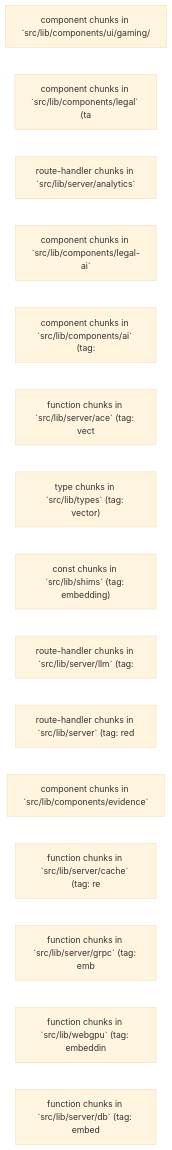
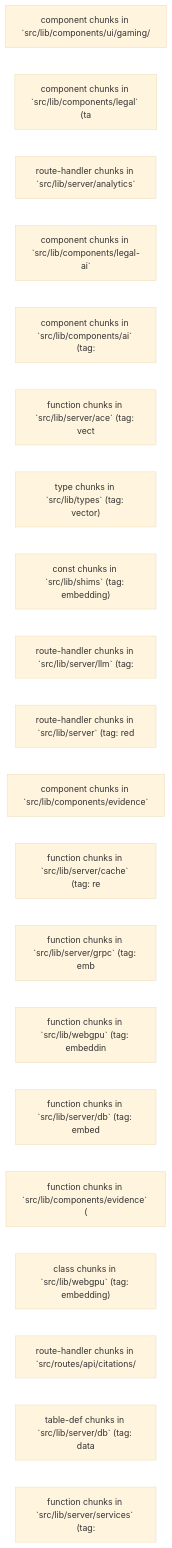
One commit to semaj90/deeds_web_app changed the diagram in sveltekit-frontend/docs/obsidian-vault/index.md. Above: the diagram before and after it, drawn with Mermaid (base theme). The commit also changed other lines of this file and 4313 other files, not shown here.

````diff
--- a/sveltekit-frontend/docs/obsidian-vault/index.md
+++ b/sveltekit-frontend/docs/obsidian-vault/index.md
@@ -25,18 +25,23 @@
 ```mermaid
 graph LR
   C50["component chunks in `src/lib/components/ui/gaming/"]
   C21["component chunks in `src/lib/components/legal` (ta"]
   C70["route-handler chunks in `src/lib/server/analytics`"]
   C35["component chunks in `src/lib/components/legal-ai` "]
   C5["component chunks in `src/lib/components/ai` (tag: "]
   C72["function chunks in `src/lib/server/ace` (tag: vect"]
   C74["type chunks in `src/lib/types` (tag: vector)"]
   C57["const chunks in `src/lib/shims` (tag: embedding)"]
   C44["route-handler chunks in `src/lib/server/llm` (tag:"]
   C25["route-handler chunks in `src/lib/server` (tag: red"]
   C92["component chunks in `src/lib/components/evidence` "]
   C94["function chunks in `src/lib/server/cache` (tag: re"]
   C82["function chunks in `src/lib/server/grpc` (tag: emb"]
   C20["function chunks in `src/lib/webgpu` (tag: embeddin"]
   C6["function chunks in `src/lib/server/db` (tag: embed"]
+  C86["function chunks in `src/lib/components/evidence` ("]
+  C23["class chunks in `src/lib/webgpu` (tag: embedding)"]
+  C85["route-handler chunks in `src/routes/api/citations/"]
+  C55["table-def chunks in `src/lib/server/db` (tag: data"]
+  C32["function chunks in `src/lib/server/services` (tag:"]
 ```
````
